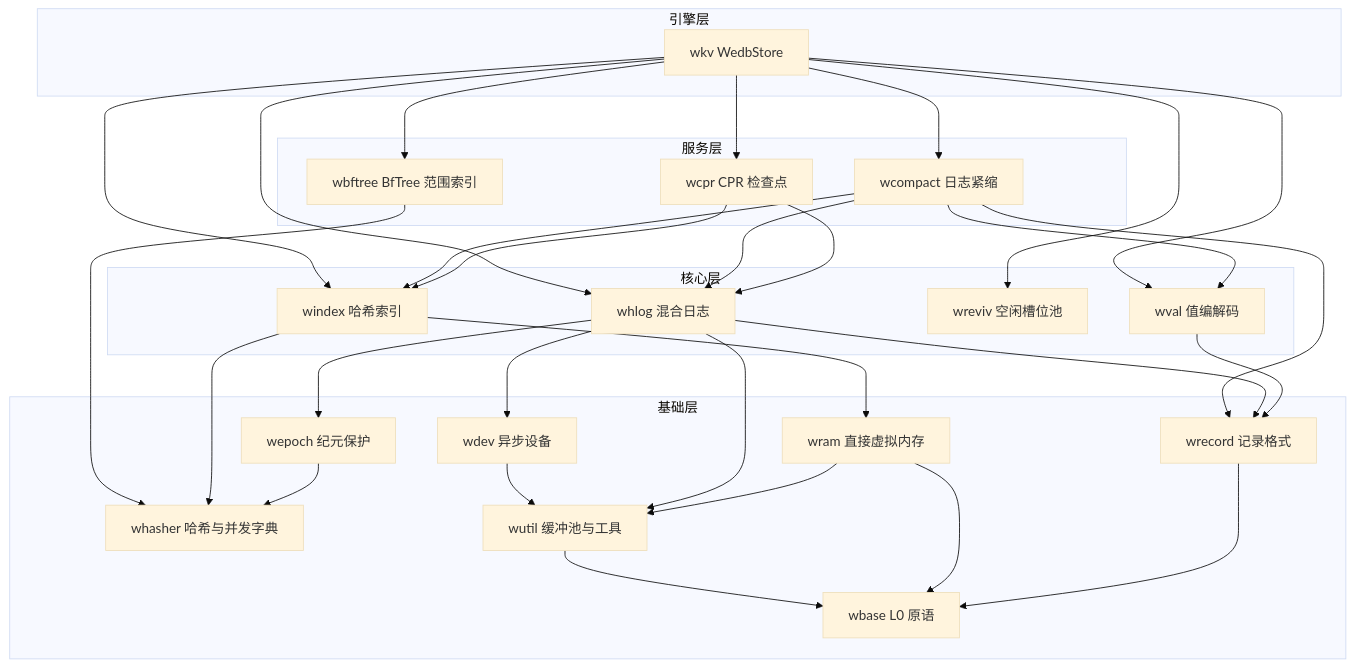
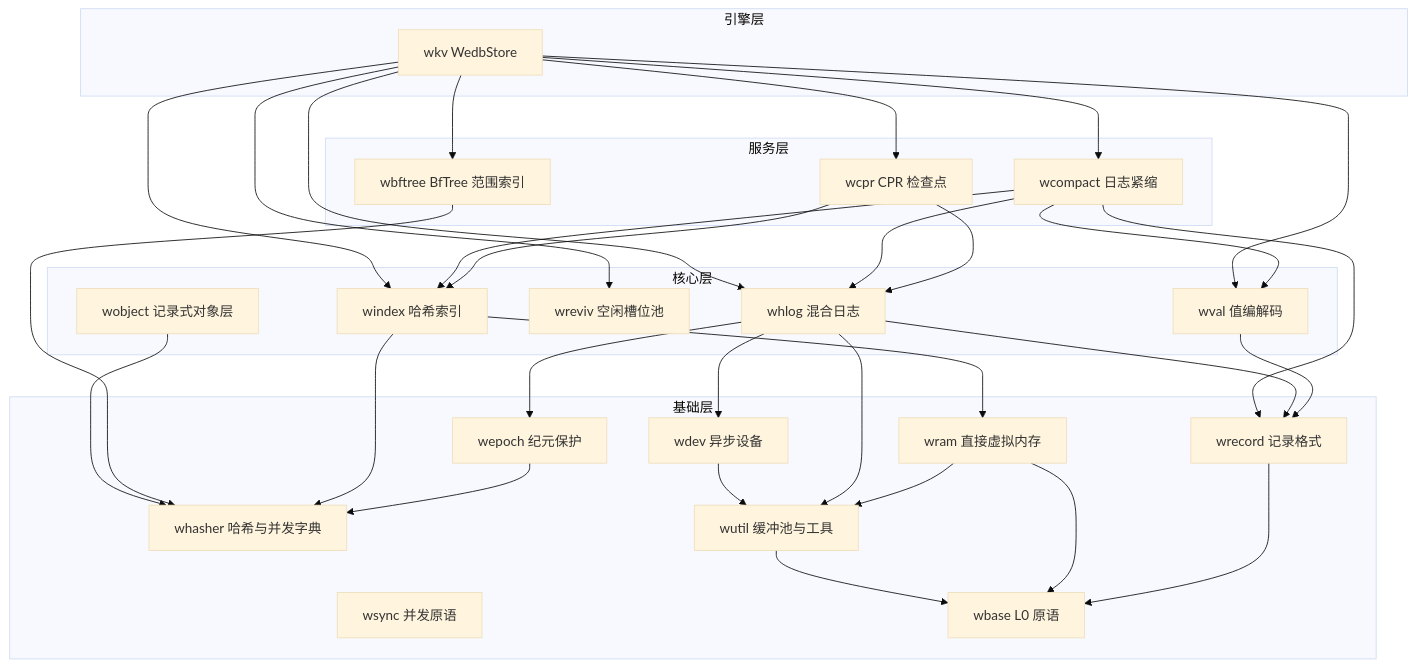
The third of 4 diagrams in embed/README.md (webc-site/wedb), drawn with Mermaid (base theme) before and after one commit. The commit also changed other lines of this file and 6 other files, not shown here.

Commit message:
review: rr2-embed 增量复审——wobject 并发容器口径统一至 whasher::GxPapayaMap/Set 唯一出出处(移除 papaya/gxhash 直依赖) + README 架构文档补齐 wobject/wsync 与拓扑/目录/API 同步(EN+ZH 源文件+mdt 重生成);核实 rr1 seqlock 读后复核/rc 断链重读/2*Double.Epsilon 容差与 r9 wbftree 换树竞态修复均未回退

````diff
--- a/embed/README.md
+++ b/embed/README.md
@@ -580,54 +600,57 @@
 ```mermaid
 graph TD
   subgraph engine[引擎层]
     wkv[wkv WedbStore]
   end
   subgraph services[服务层]
     wcpr[wcpr CPR 检查点]
     wcompact[wcompact 日志紧缩]
     wbftree[wbftree BfTree 范围索引]
   end
   subgraph core[核心层]
     whlog[whlog 混合日志]
     windex[windex 哈希索引]
     wreviv[wreviv 空闲槽位池]
     wval[wval 值编解码]
+    wobject[wobject 记录式对象层]
   end
   subgraph foundation[基础层]
     wrecord[wrecord 记录格式]
     wdev[wdev 异步设备]
     wepoch[wepoch 纪元保护]
+    wsync[wsync 并发原语]
     whasher[whasher 哈希与并发字典]
     wutil[wutil 缓冲池与工具]
     wram[wram 直接虚拟内存]
     wbase[wbase L0 原语]
   end
 
   wkv --> wcpr
   wkv --> wcompact
   wkv --> wbftree
   wkv --> whlog
   wkv --> windex
   wkv --> wreviv
   wkv --> wval
+  wobject --> whasher
   wcompact --> whlog
   wcompact --> windex
   wcompact --> wval
   wcompact --> wrecord
   wcpr --> whlog
   wcpr --> windex
   wbftree --> whasher
   whlog --> wrecord
   whlog --> wdev
   whlog --> wepoch
   windex --> whasher
   windex --> wram
   wval --> wrecord
   wdev --> wutil
   whlog --> wutil
   wram --> wutil
   wutil --> wbase
   wepoch --> whasher
   wram --> wbase
   wrecord --> wbase
 ```
````
